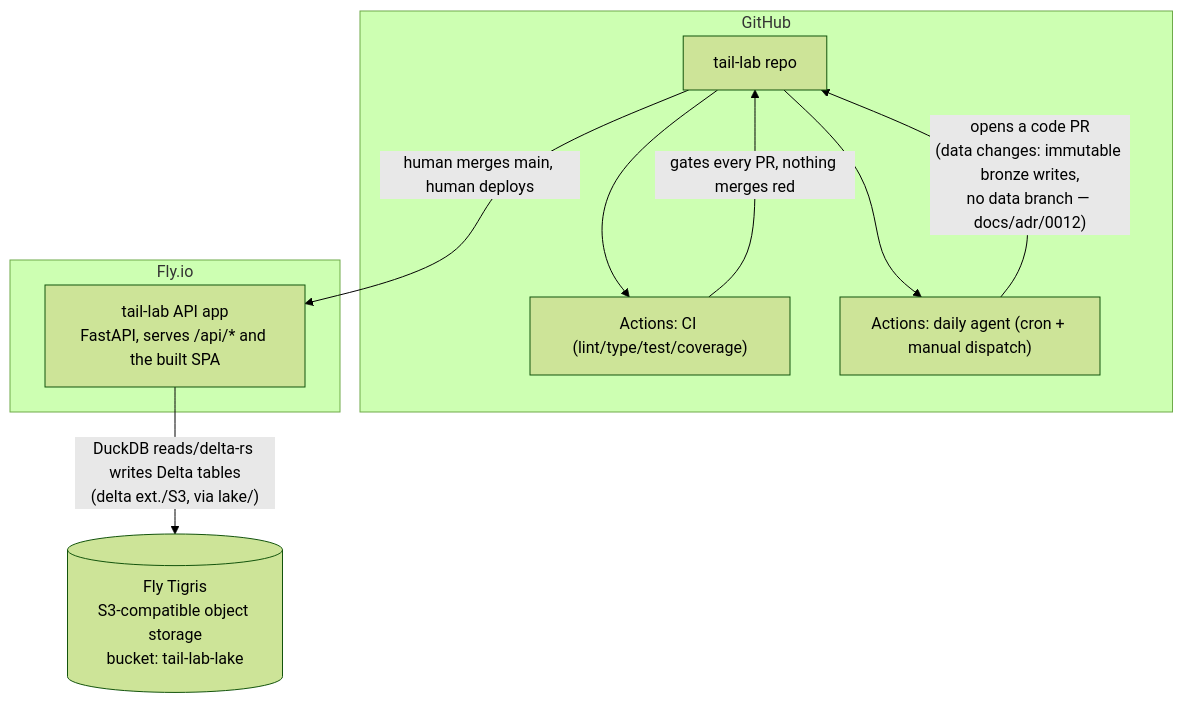
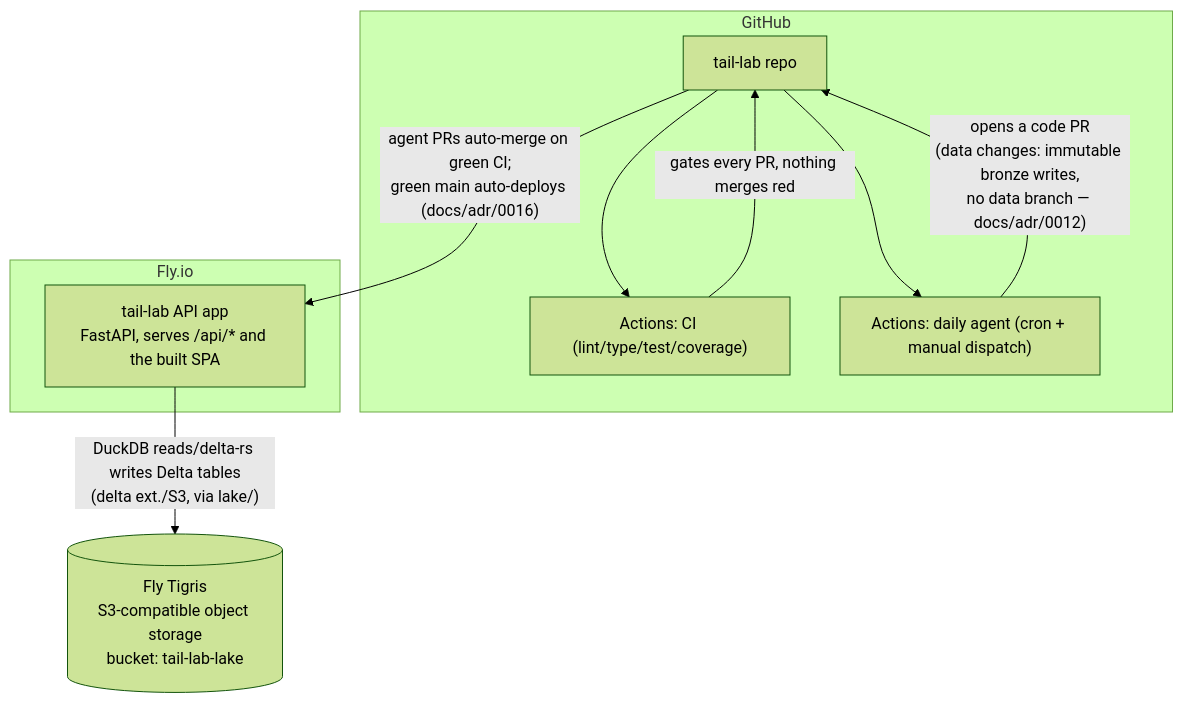
Before and after one commit to diomavro/tail-lab: the second of 3 diagrams in ARCHITECTURE.md, drawn with Mermaid (forest theme). The commit also changed other lines of this file and 9 other files, not shown here.

````diff
--- a/ARCHITECTURE.md
+++ b/ARCHITECTURE.md
@@ -66,21 +66,21 @@
 ```mermaid
 flowchart TB
     subgraph GH["GitHub"]
         REPO["tail-lab repo"]
         CI["Actions: CI (lint/type/test/coverage)"]
         CRON["Actions: daily agent (cron + manual dispatch)"]
     end
 
     subgraph FLY["Fly.io"]
         APIAPP["tail-lab API app<br/>FastAPI, serves /api/* and the built SPA"]
     end
 
     OBJ[("Fly Tigris<br/>S3-compatible object storage<br/>bucket: tail-lab-lake")]
 
     REPO --> CI
     REPO --> CRON
     CRON -- "opens a code PR<br/>(data changes: immutable bronze writes,<br/>no data branch — docs/adr/0012)" --> REPO
     CI -- "gates every PR, nothing merges red" --> REPO
-    REPO -- "human merges main, human deploys" --> APIAPP
+    REPO -- "agent PRs auto-merge on green CI;<br/>green main auto-deploys (docs/adr/0016)" --> APIAPP
     APIAPP -- "DuckDB reads/delta-rs writes Delta tables<br/>(delta ext./S3, via lake/)" --> OBJ
 ```
````
